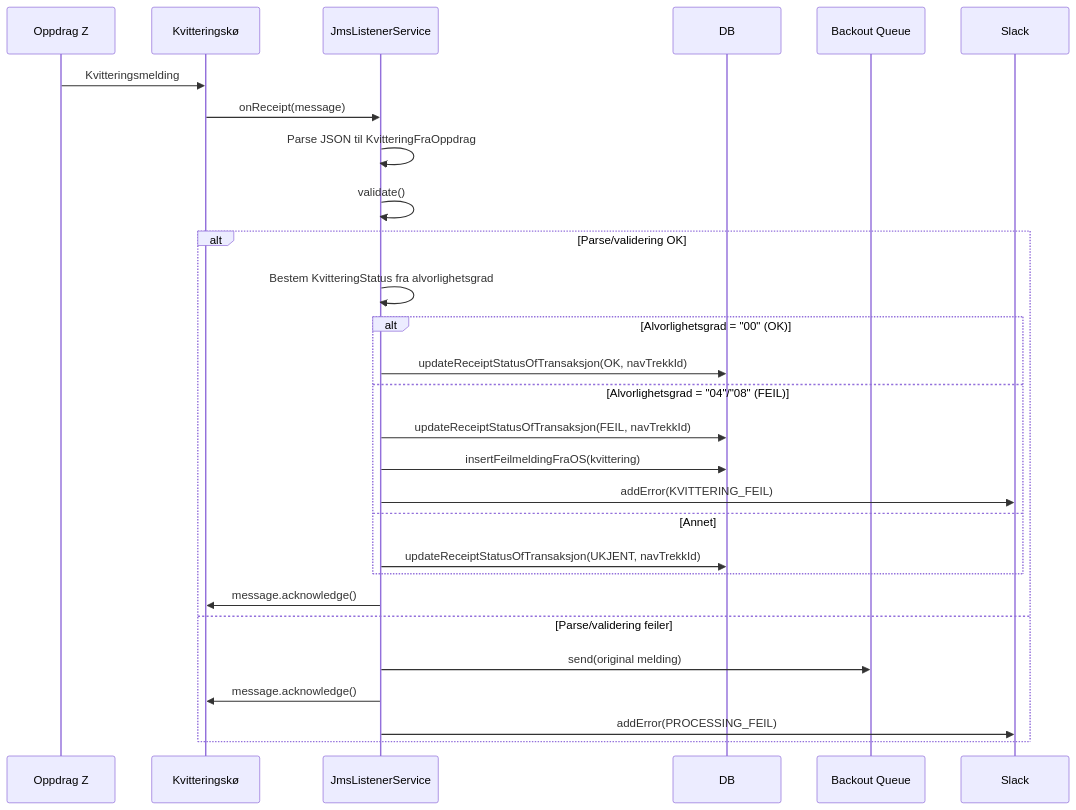
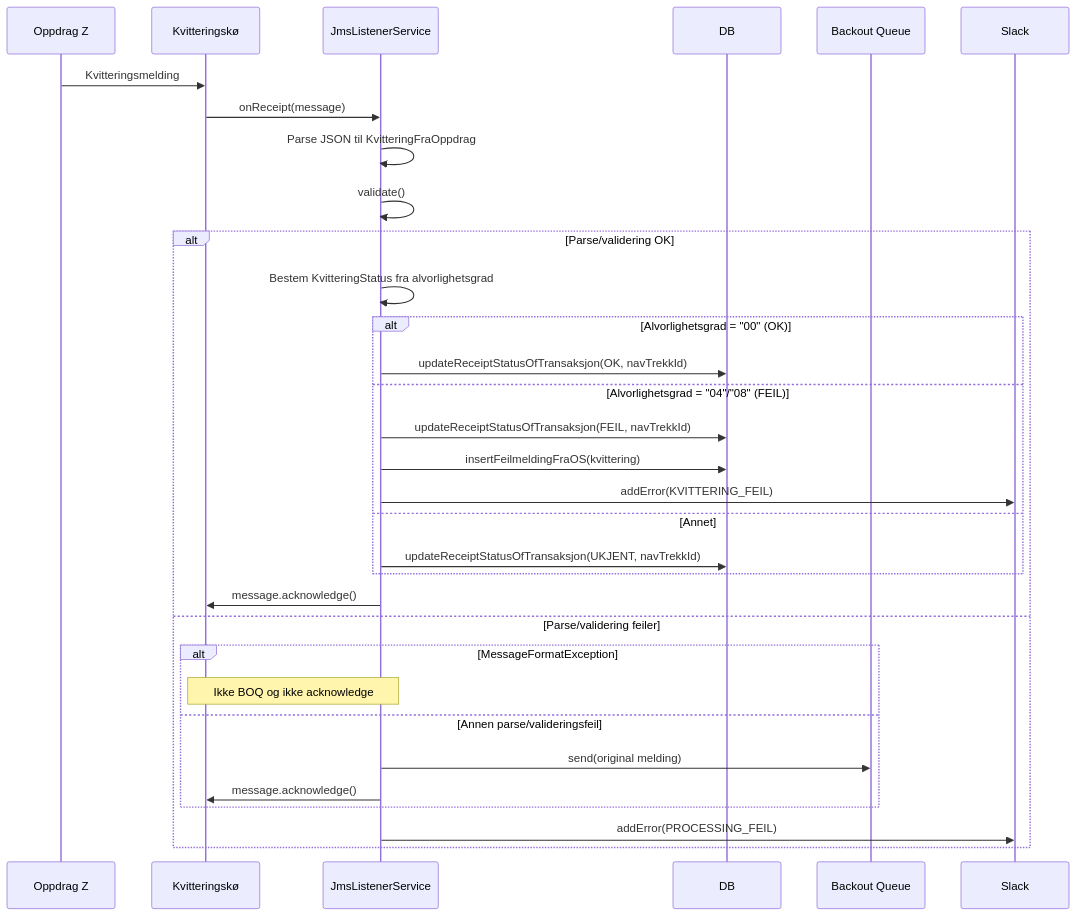
The fifth of 7 diagrams in dokumentasjon/sekvensdiagrammer.md (navikt/sokos-utleggstrekk), drawn with Mermaid before and after one commit.

Commit message:
Refactor error handling in sequence diagram

````diff
--- a/dokumentasjon/sekvensdiagrammer.md
+++ b/dokumentasjon/sekvensdiagrammer.md
@@ -174,33 +174,37 @@
 ```mermaid
 sequenceDiagram
     participant OZ as Oppdrag Z
     participant MQ as Kvitteringskø
     participant Listener as JmsListenerService
     participant DB
     participant BOQ as Backout Queue
     participant Slack
 
     OZ->>MQ: Kvitteringsmelding
     MQ->>Listener: onReceipt(message)
 
     Listener->>Listener: Parse JSON til KvitteringFraOppdrag
     Listener->>Listener: validate()
 
     alt Parse/validering OK
         Listener->>Listener: Bestem KvitteringStatus fra alvorlighetsgrad
         alt Alvorlighetsgrad = "00" (OK)
             Listener->>DB: updateReceiptStatusOfTransaksjon(OK, navTrekkId)
         else Alvorlighetsgrad = "04"/"08" (FEIL)
             Listener->>DB: updateReceiptStatusOfTransaksjon(FEIL, navTrekkId)
             Listener->>DB: insertFeilmeldingFraOS(kvittering)
             Listener->>Slack: addError(KVITTERING_FEIL)
         else Annet
             Listener->>DB: updateReceiptStatusOfTransaksjon(UKJENT, navTrekkId)
         end
         Listener->>MQ: message.acknowledge()
     else Parse/validering feiler
-        Listener->>BOQ: send(original melding)
-        Listener->>MQ: message.acknowledge()
+        alt MessageFormatException
+            Note over Listener,MQ: Ikke BOQ og ikke acknowledge
+        else Annen parse/valideringsfeil
+            Listener->>BOQ: send(original melding)
+            Listener->>MQ: message.acknowledge()
+        end
         Listener->>Slack: addError(PROCESSING_FEIL)
     end
 ```
````
